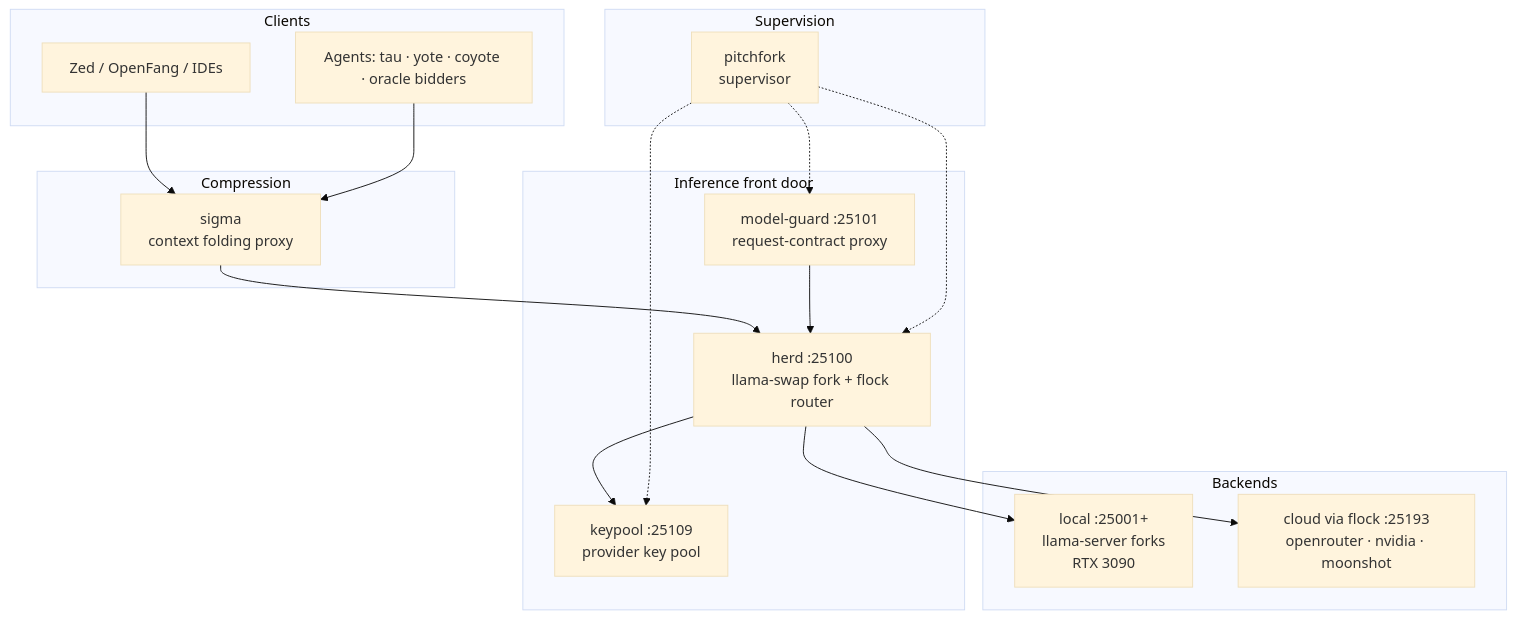
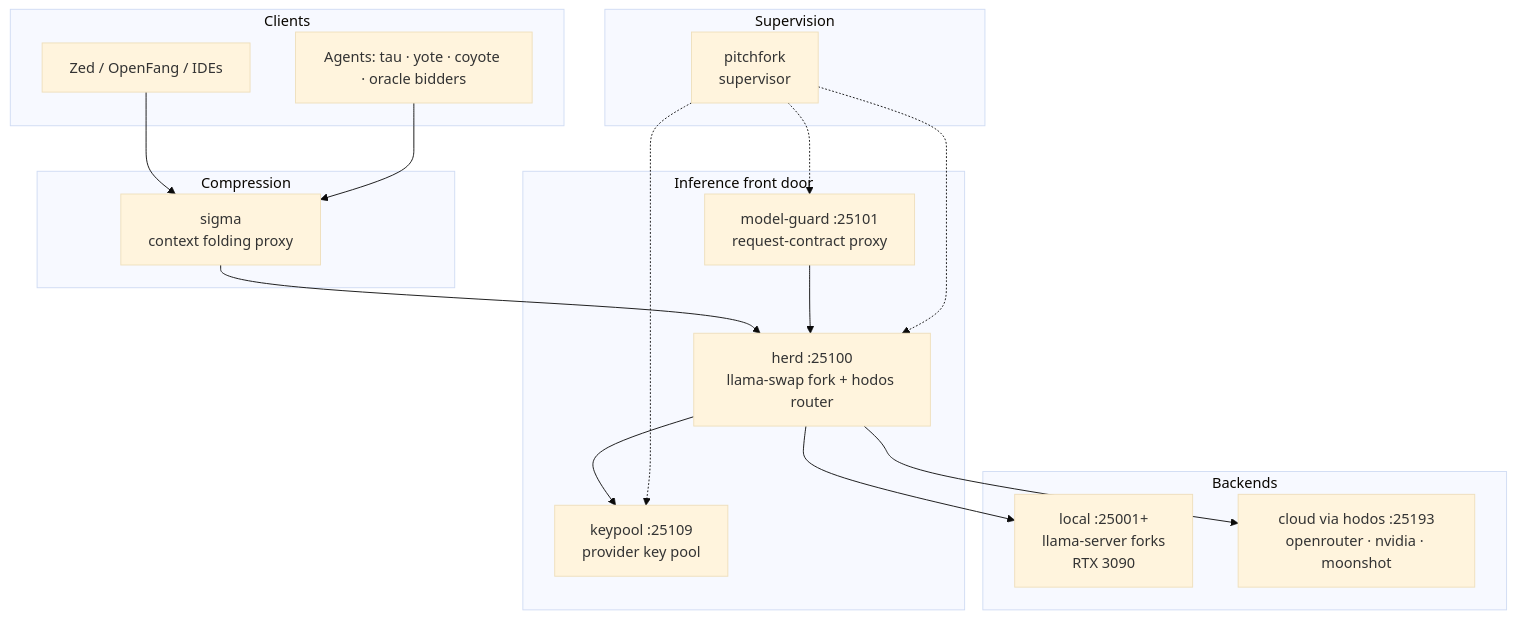
One commit to toxicwind/estate changed the third of 4 diagrams in salvage/origin-main-20261002/conflicts/README.md. Above: the diagram before and after it, drawn with Mermaid (base theme). The commit also changed other lines of this file and 368 other files, not shown here.

First line of the commit message:
rename: flock -> hodos (full estate rebrand)

````diff
--- a/salvage/origin-main-20261002/conflicts/README.md
+++ b/salvage/origin-main-20261002/conflicts/README.md
@@ -159,32 +159,32 @@
 ```mermaid
 flowchart TB
     subgraph clients["Clients"]
         ZED[Zed / OpenFang / IDEs]
         AG[Agents: tau · yote · coyote · oracle bidders]
     end
     subgraph ctx["Compression"]
         SIG[sigma<br/>context folding proxy]
     end
     subgraph frontdoor["Inference front door"]
-        HERD[herd :25100<br/>llama-swap fork + flock router]
+        HERD[herd :25100<br/>llama-swap fork + hodos router]
         MG[model-guard :25101<br/>request-contract proxy]
         KP[keypool :25109<br/>provider key pool]
     end
     subgraph backends["Backends"]
         LOCAL[local :25001+<br/>llama-server forks<br/>RTX 3090]
-        CLOUD[cloud via flock :25193<br/>openrouter · nvidia · moonshot]
+        CLOUD[cloud via hodos :25193<br/>openrouter · nvidia · moonshot]
     end
     ZED --> SIG
     AG --> SIG
     SIG --> HERD
     MG --> HERD
     HERD --> KP
     HERD --> LOCAL
     HERD --> CLOUD
     subgraph supervise["Supervision"]
         PF2[pitchfork<br/>supervisor]
     end
     PF2 -.-> HERD
     PF2 -.-> MG
     PF2 -.-> KP
 ```
````
